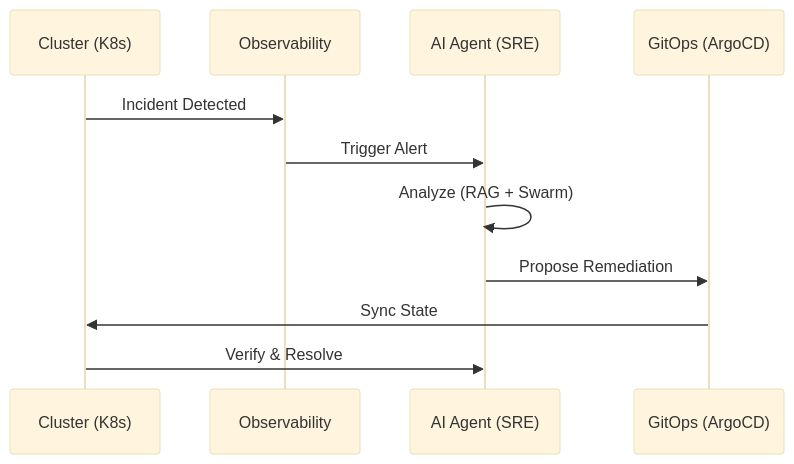
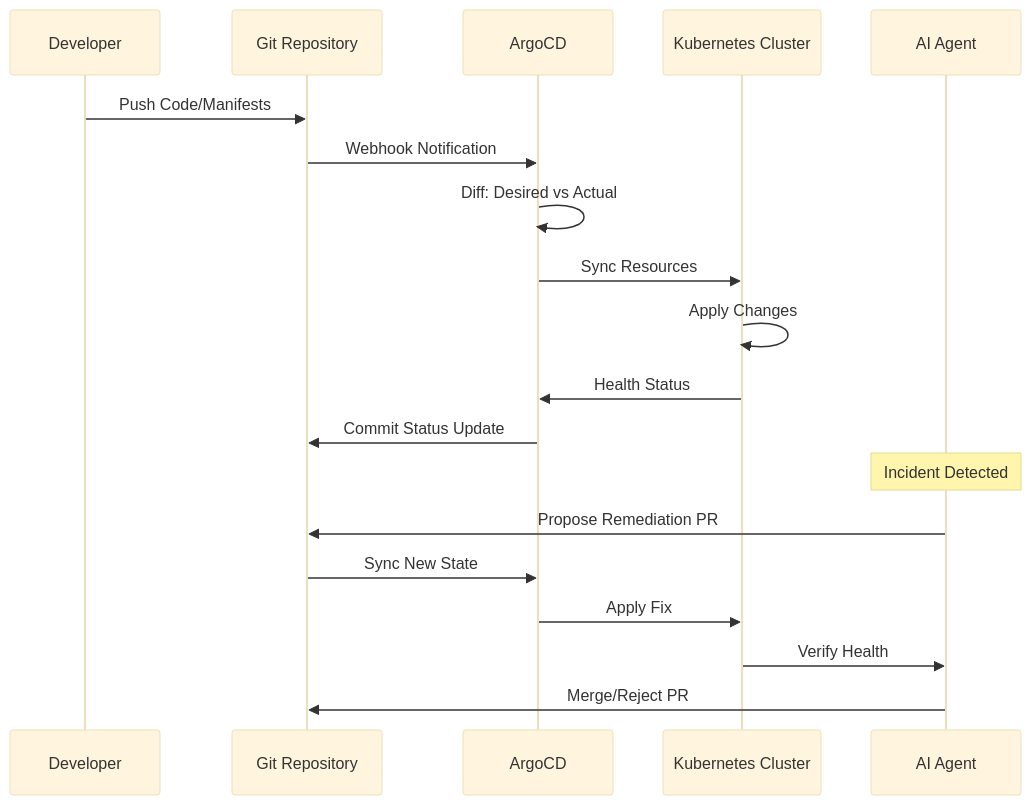
The third of 6 diagrams in README.md (fbscotta369/ai4all-sre), drawn with Mermaid (base theme) before and after one commit. The commit also changed other lines of this file and 1 other file, not shown here.

````diff
--- a/README.md
+++ b/README.md
@@ -136,14 +264,23 @@
 ```mermaid
 sequenceDiagram
-    participant C as Cluster (K8s)
-    participant O as Observability
-    participant A as AI Agent (SRE)
-    participant G as GitOps (ArgoCD)
+    participant Dev as Developer
+    participant Git as Git Repository
+    participant ArgoCD as ArgoCD
+    participant K8s as Kubernetes Cluster
+    participant AI as AI Agent
 
-    C->>O: Incident Detected
-    O->>A: Trigger Alert
-    A->>A: Analyze (RAG + Swarm)
-    A->>G: Propose Remediation
-    G->>C: Sync State
-    C->>A: Verify & Resolve
+    Dev->>Git: Push Code/Manifests
+    Git->>ArgoCD: Webhook Notification
+    ArgoCD->>ArgoCD: Diff: Desired vs Actual
+    ArgoCD->>K8s: Sync Resources
+    K8s->>K8s: Apply Changes
+    K8s->>ArgoCD: Health Status
+    ArgoCD->>Git: Commit Status Update
+
+    Note over AI: Incident Detected
+    AI->>Git: Propose Remediation PR
+    Git->>ArgoCD: Sync New State
+    ArgoCD->>K8s: Apply Fix
+    K8s->>AI: Verify Health
+    AI->>Git: Merge/Reject PR
 ```
````
